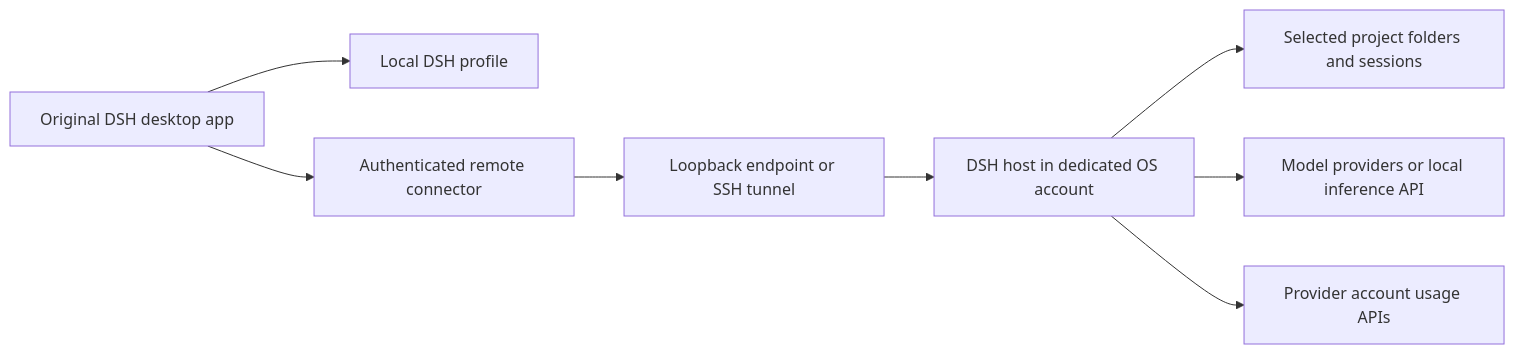
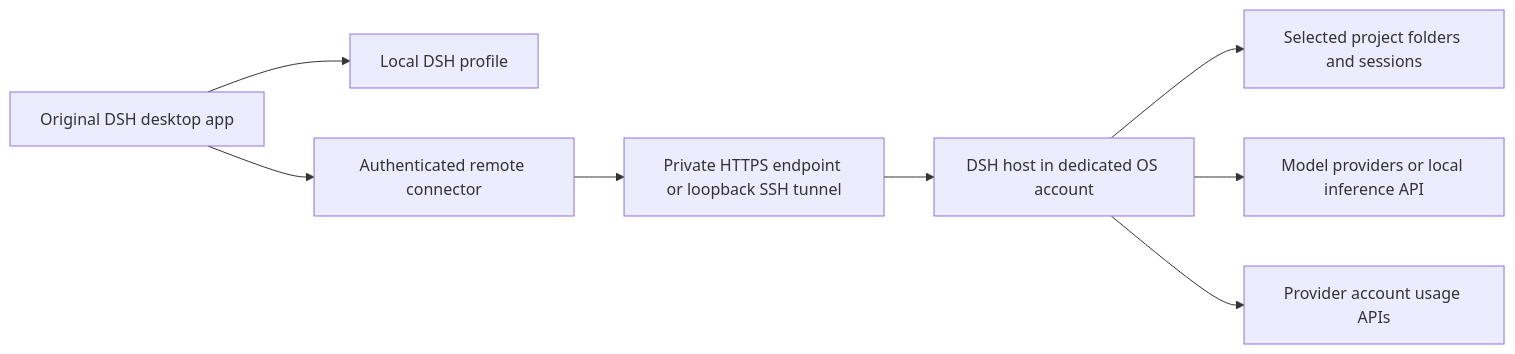
One commit to pepuscz/dsh-remote-essentials changed the diagram in README.md. Above: the diagram before and after it, drawn with Mermaid. The commit also changed other lines of this file and 1 other file, not shown here.

Commit message:
Pin HTTPS-capable connector for private remote hosts

````diff
--- a/README.md
+++ b/README.md
@@ -20,10 +20,10 @@
 ```mermaid
 flowchart LR
   C[Original DSH desktop app] --> L[Local DSH profile]
   C --> P[Authenticated remote connector]
-  P --> T[Loopback endpoint or SSH tunnel]
+  P --> T[Private HTTPS endpoint or loopback SSH tunnel]
   T --> H[DSH host in dedicated OS account]
   H --> W[Selected project folders and sessions]
   H --> M[Model providers or local inference API]
   H --> U[Provider account usage APIs]
 ```
````
